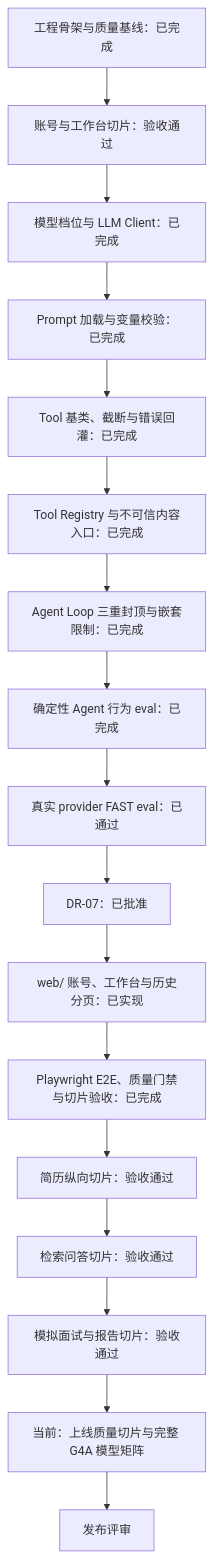
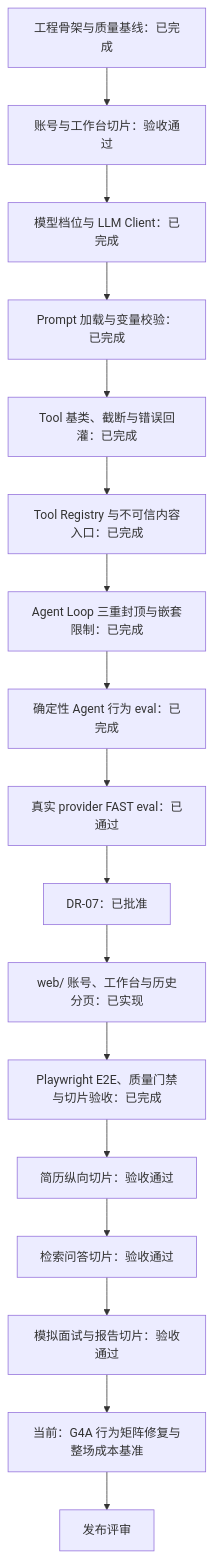
One commit to Rainloury/technical-interview-agent changed the diagram in docs/next-steps.md. Above: the diagram before and after it, drawn with Mermaid. The commit also changed other lines of this file and 47 other files, not shown here.

````diff
--- a/docs/next-steps.md
+++ b/docs/next-steps.md
@@ -50,19 +53,19 @@
 ```mermaid
 flowchart TD
     S0["工程骨架与质量基线：已完成"] --> N0["账号与工作台切片：验收通过"]
     N0 --> N1["模型档位与 LLM Client：已完成"]
     N1 --> N2["Prompt 加载与变量校验：已完成"]
     N2 --> N3["Tool 基类、截断与错误回灌：已完成"]
     N3 --> N4["Tool Registry 与不可信内容入口：已完成"]
     N4 --> N5["Agent Loop 三重封顶与嵌套限制：已完成"]
     N5 --> N6["确定性 Agent 行为 eval：已完成"]
     N6 --> N7["真实 provider FAST eval：已通过"]
     N7 --> N8["DR-07：已批准"]
     N8 --> N9["web/ 账号、工作台与历史分页：已实现"]
     N9 --> N10["Playwright E2E、质量门禁与切片验收：已完成"]
     N10 --> N11["简历纵向切片：验收通过"]
     N11 --> N12["检索问答切片：验收通过"]
     N12 --> N13["模拟面试与报告切片：验收通过"]
-    N13 --> N14["当前：上线质量切片与完整 G4A 模型矩阵"]
+    N13 --> N14["当前：G4A 行为矩阵修复与整场成本基准"]
     N14 --> N15["发布评审"]
 ```
````
